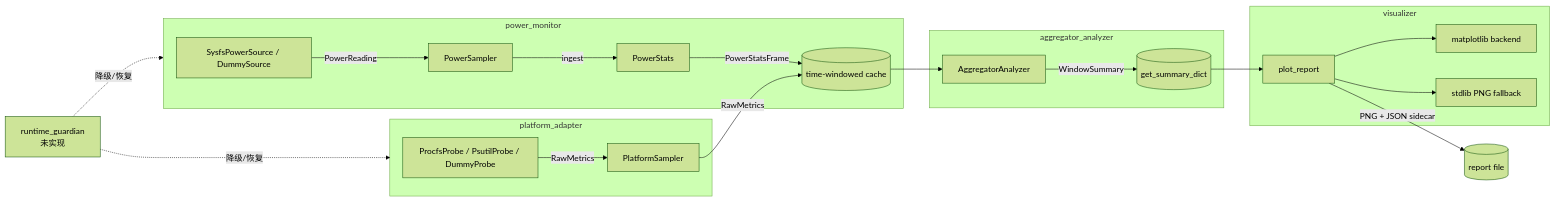
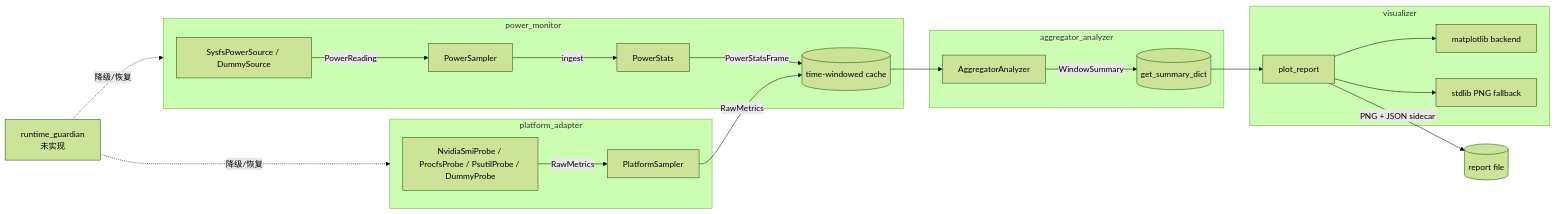
The diagram in README.md (gypg/ai-edge-monitor), drawn with Mermaid (forest theme) before and after one commit. The commit also changed other lines of this file and 15 other files, not shown here.

First line of the commit message:
feat: add phase B config orchestration and NVIDIA probe

````diff
--- a/README.md
+++ b/README.md
@@ -47,40 +71,40 @@
 ```mermaid
 flowchart LR
     subgraph Adapter[platform_adapter]
-        Probe[ProcfsProbe / PsutilProbe / DummyProbe]
+        Probe[NvidiaSmiProbe / ProcfsProbe / PsutilProbe / DummyProbe]
         PSampler[PlatformSampler]
         Probe -->|RawMetrics| PSampler
     end
 
     subgraph Power[power_monitor]
         Source[SysfsPowerSource / DummySource]
         PWSampler[PowerSampler]
         Stats[PowerStats]
         Source -->|PowerReading| PWSampler
         PWSampler -->|ingest| Stats
         Stats -->|PowerStatsFrame| Bus
     end
 
     PSampler -->|RawMetrics| Bus
 
     subgraph Analyzer[aggregator_analyzer]
         Agg[AggregatorAnalyzer]
         Bus[(time-windowed cache)]
         Bus --> Agg
         Agg -->|WindowSummary| Out
     end
 
     subgraph Viz[visualizer]
         Render[plot_report]
         MPL[matplotlib backend]
         Std[stdlib PNG fallback]
         Render --> MPL
         Render --> Std
     end
 
     Out[(get_summary_dict)] --> Render
     Render -->|PNG + JSON sidecar| Disk[(report file)]
 
     Guardian[runtime_guardian<br/>未实现] -.降级/恢复.-> Power
     Guardian -.降级/恢复.-> Adapter
 ```
````
